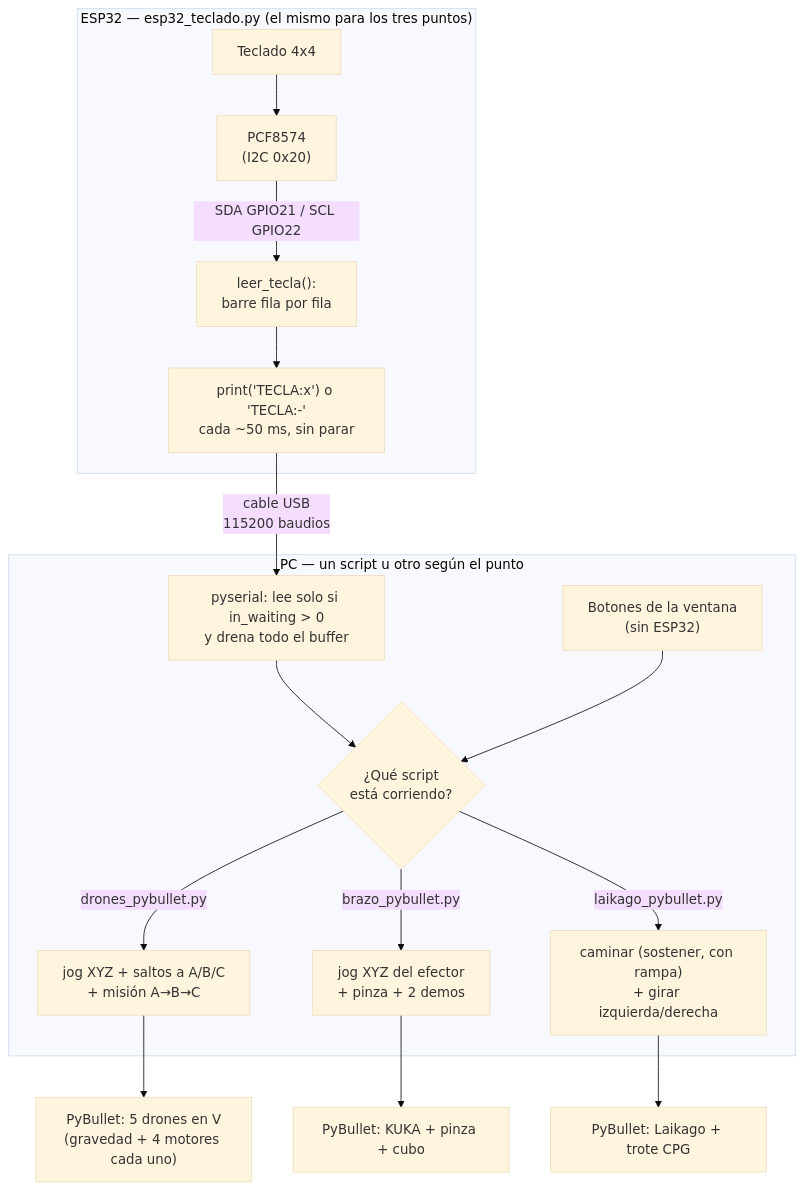
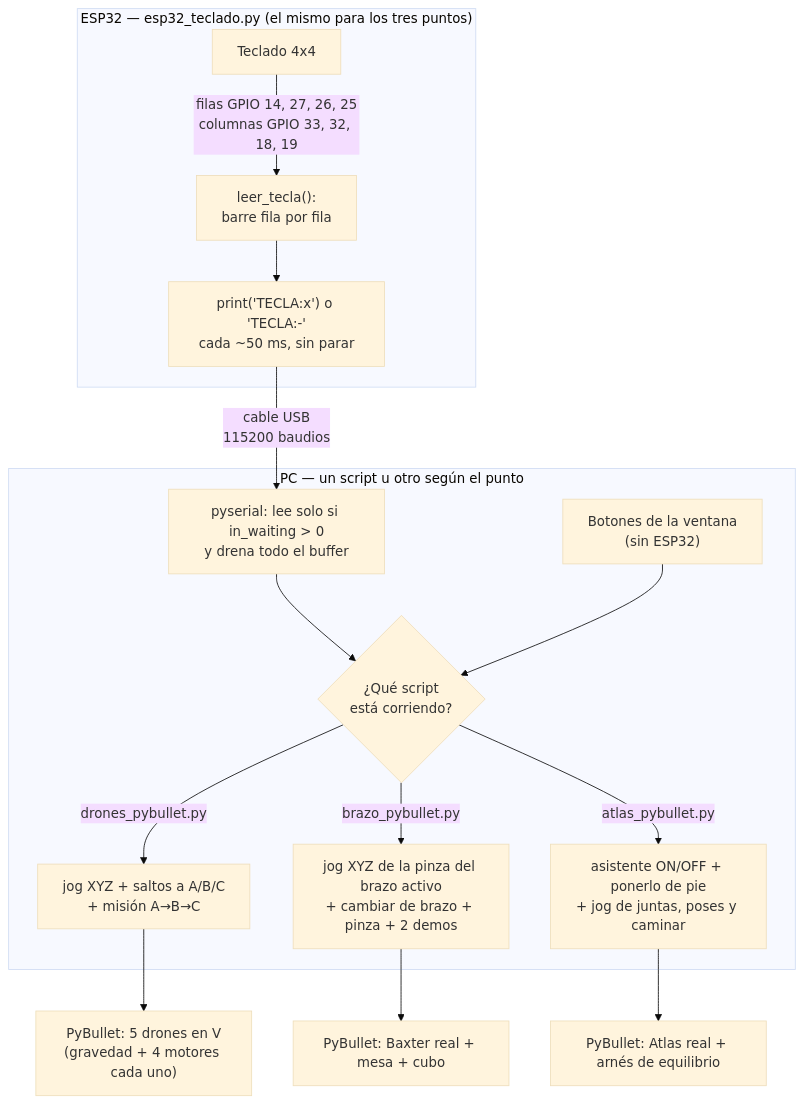
One commit to Dathinel/Sensores-Teoria changed the first of 2 diagrams in 9-taller-segundo-corte/README.md. Above: the diagram before and after it, drawn with Mermaid (base theme). The commit also changed other lines of this file and 34 other files, not shown here.

First line of the commit message:
Taller segundo corte: Baxter y Atlas reales, teclado por GPIO, videos y montaje

````diff
--- a/9-taller-segundo-corte/README.md
+++ b/9-taller-segundo-corte/README.md
@@ -52,22 +199,21 @@
 ```mermaid
 flowchart TD
     subgraph ESP["ESP32 — esp32_teclado.py (el mismo para los tres puntos)"]
-        Teclado["Teclado 4x4"] --> PCF["PCF8574<br/>(I2C 0x20)"]
-        PCF -->|"SDA GPIO21 / SCL GPIO22"| Lee["leer_tecla():<br/>barre fila por fila"]
+        Teclado["Teclado 4x4"] -->|"filas GPIO 14, 27, 26, 25<br/>columnas GPIO 33, 32, 18, 19"| Lee["leer_tecla():<br/>barre fila por fila"]
         Lee --> Envia["print('TECLA:x') o 'TECLA:-'<br/>cada ~50 ms, sin parar"]
     end
 
     Envia -->|"cable USB<br/>115200 baudios"| Recibe
 
     subgraph PC["PC — un script u otro según el punto"]
         Recibe["pyserial: lee solo si in_waiting > 0<br/>y drena todo el buffer"] --> Config{"¿Qué script<br/>está corriendo?"}
         Botones["Botones de la ventana<br/>(sin ESP32)"] --> Config
         Config -->|"drones_pybullet.py"| Drones["jog XYZ + saltos a A/B/C<br/>+ misión A→B→C"]
-        Config -->|"brazo_pybullet.py"| Brazo["jog XYZ del efector<br/>+ pinza + 2 demos"]
-        Config -->|"laikago_pybullet.py"| Patas["caminar (sostener, con rampa)<br/>+ girar izquierda/derecha"]
+        Config -->|"brazo_pybullet.py"| Brazo["jog XYZ de la pinza del brazo activo<br/>+ cambiar de brazo + pinza + 2 demos"]
+        Config -->|"atlas_pybullet.py"| Atlas["asistente ON/OFF + ponerlo de pie<br/>+ jog de juntas, poses y caminar"]
     end
 
     Drones --> SimDrones["PyBullet: 5 drones en V<br/>(gravedad + 4 motores cada uno)"]
-    Brazo --> SimBrazo["PyBullet: KUKA + pinza + cubo"]
-    Patas --> SimPatas["PyBullet: Laikago + trote CPG"]
+    Brazo --> SimBrazo["PyBullet: Baxter real + mesa + cubo"]
+    Atlas --> SimAtlas["PyBullet: Atlas real + arnés de equilibrio"]
 ```
````
